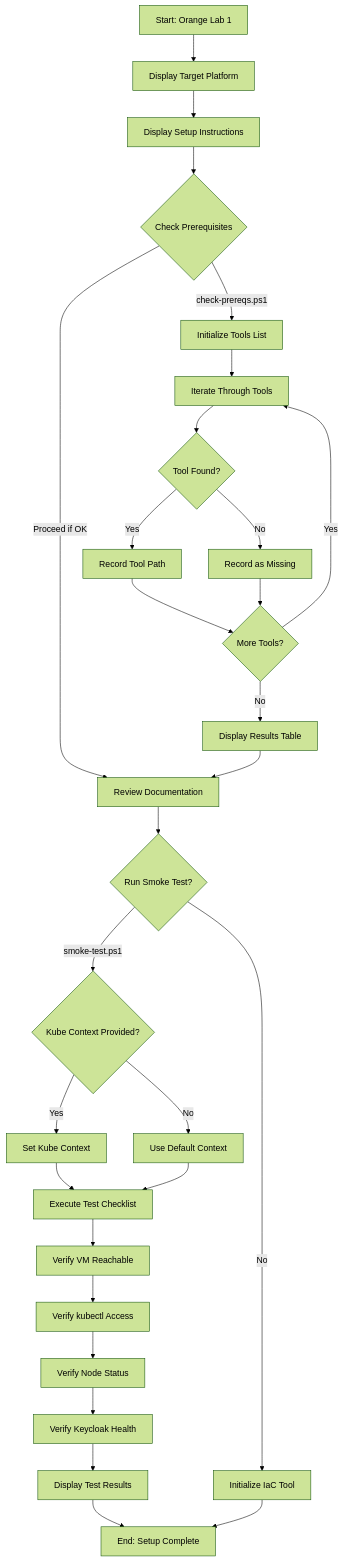
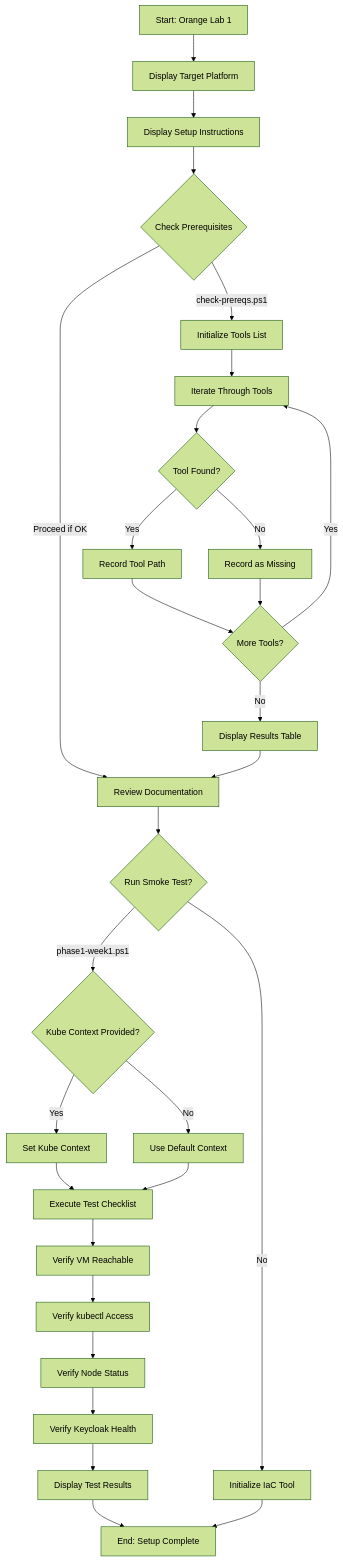
One commit to jeanflorentine/workloadID-ReBAC changed the diagram in bootstrap-workstation.mmd. Above: the diagram before and after it, drawn with Mermaid (forest theme). The commit also changed 28 other files, not shown here.

```diff
--- a/bootstrap-workstation.mmd
+++ b/bootstrap-workstation.mmd
@@ -1,41 +1,41 @@
 ---
 references:
   - "File: /scripts/bootstrap-workstation.ps1"
   - "File: /scripts/check-prereqs.ps1"
-  - "File: /scripts/smoke-test.ps1"
+  - "File: /scripts/phase1-week1.ps1"
 generationTime: 2026-09-01T22:43:27.161Z
 ---
 flowchart TD
     A["Start: Orange Lab 1"] --> B["Display Target Platform"]
     B --> C["Display Setup Instructions"]
     C --> D{Check Prerequisites}
     
     D -->|check-prereqs.ps1| E["Initialize Tools List"]
     E --> F["Iterate Through Tools"]
     F --> G{Tool Found?}
     G -->|Yes| H["Record Tool Path"]
     G -->|No| I["Record as Missing"]
     H --> J{More Tools?}
     I --> J
     J -->|Yes| F
     J -->|No| K["Display Results Table"]
     
     D -->|Proceed if OK| L["Review Documentation"]
     L --> M{Run Smoke Test?}
     
-    M -->|smoke-test.ps1| N{Kube Context Provided?}
+    M -->|phase1-week1.ps1| N{Kube Context Provided?}
     N -->|Yes| O["Set Kube Context"]
     N -->|No| P["Use Default Context"]
     O --> Q["Execute Test Checklist"]
     P --> Q
     Q --> R["Verify VM Reachable"]
     R --> S["Verify kubectl Access"]
     S --> T["Verify Node Status"]
     T --> U["Verify Keycloak Health"]
     U --> V["Display Test Results"]
     
     M -->|No| W["Initialize IaC Tool"]
     V --> X["End: Setup Complete"]
     W --> X
     
     K --> L
```
